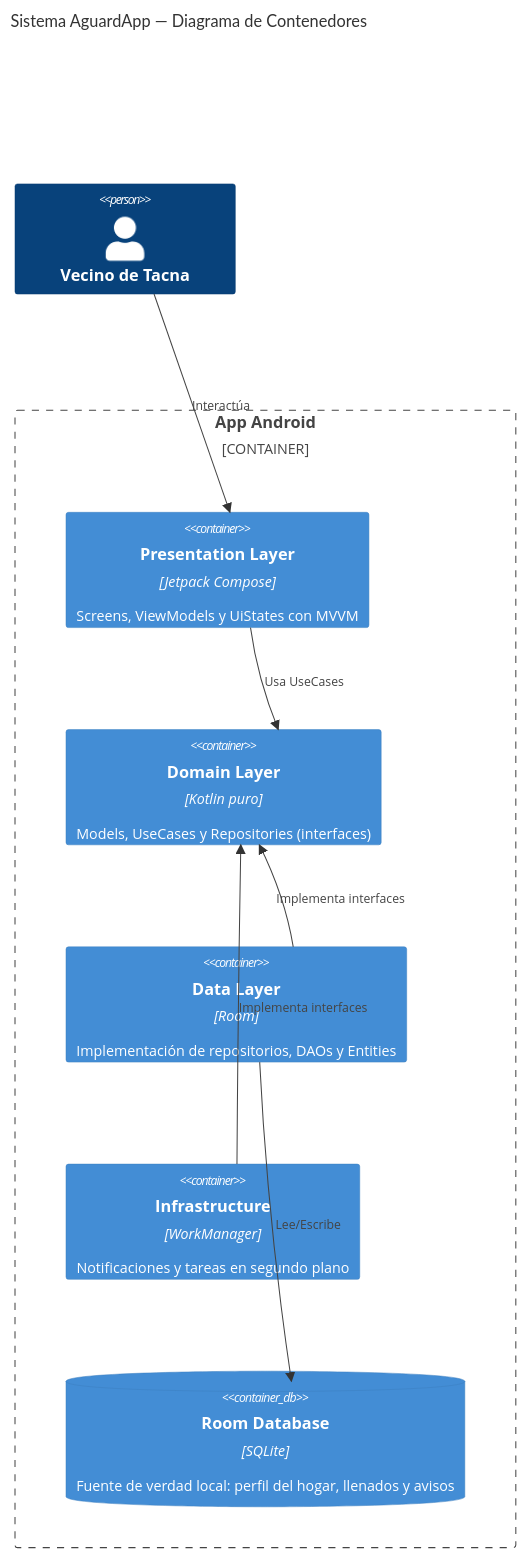
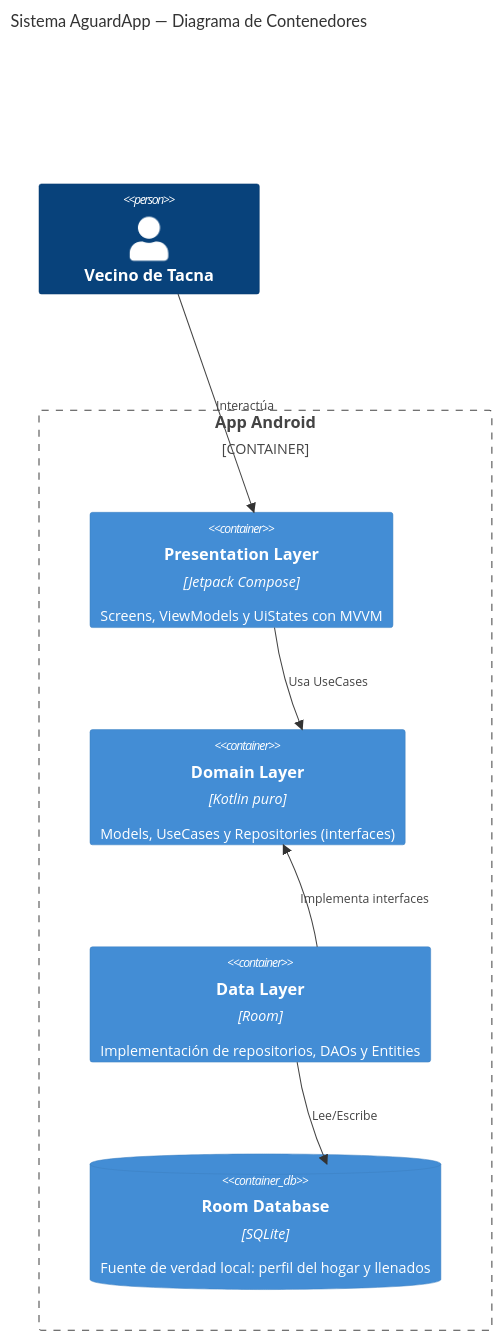
One commit to IkerASierraR/AguardApp changed the third of 5 diagrams in Readme.md. Above: the diagram before and after it, drawn with Mermaid. The commit also changed other lines of this file and 109 other files, not shown here.

````diff
--- a/Readme.md
+++ b/Readme.md
@@ -192,21 +189,19 @@
 ```mermaid
 C4Container
     title Sistema AguardApp — Diagrama de Contenedores
 
     Person(user, "Vecino de Tacna")
 
     Container_Boundary(mobile, "App Android") {
         Container(ui, "Presentation Layer", "Jetpack Compose", "Screens, ViewModels y UiStates con MVVM")
         Container(domain, "Domain Layer", "Kotlin puro", "Models, UseCases y Repositories (interfaces)")
         Container(data, "Data Layer", "Room", "Implementación de repositorios, DAOs y Entities")
-        Container(infra, "Infrastructure", "WorkManager", "Notificaciones y tareas en segundo plano")
-        ContainerDb(roomdb, "Room Database", "SQLite", "Fuente de verdad local: perfil del hogar, llenados y avisos")
+        ContainerDb(roomdb, "Room Database", "SQLite", "Fuente de verdad local: perfil del hogar y llenados")
     }
 
 
     Rel(user, ui, "Interactúa")
     Rel(ui, domain, "Usa UseCases")
     Rel(data, domain, "Implementa interfaces")
-    Rel(infra, domain, "Implementa interfaces")
     Rel(data, roomdb, "Lee/Escribe")
 ```
````
